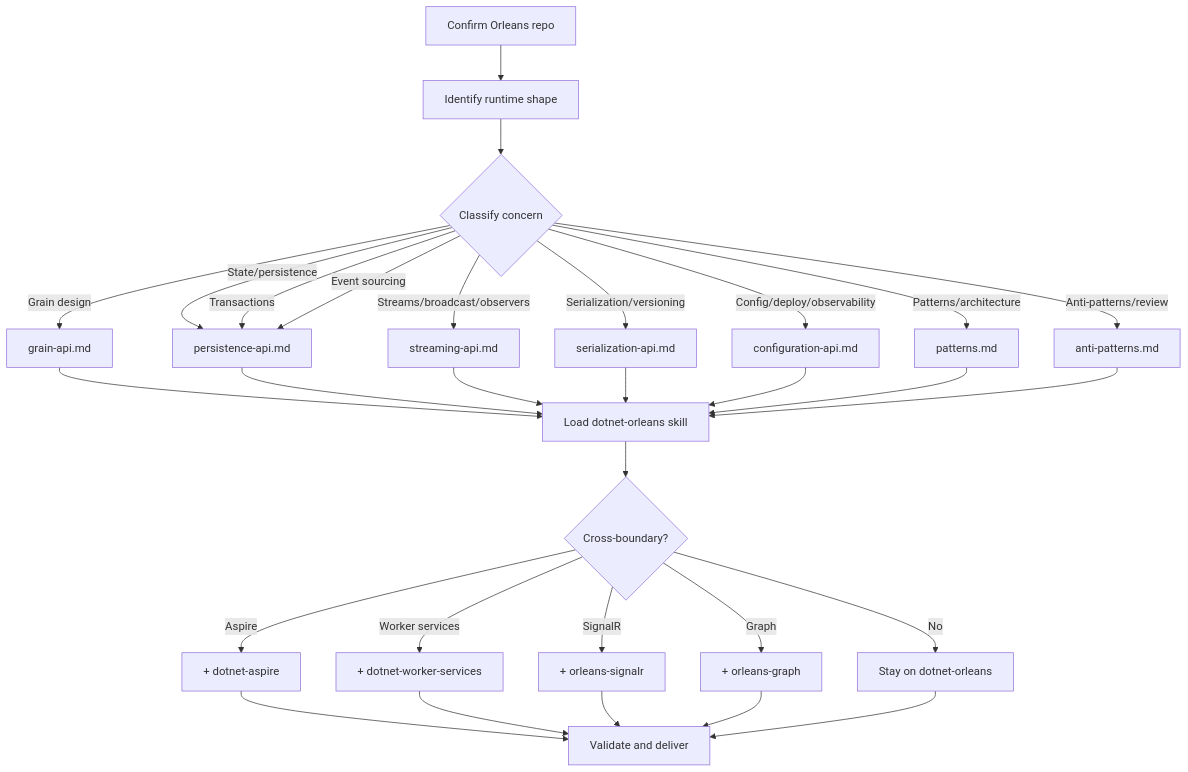
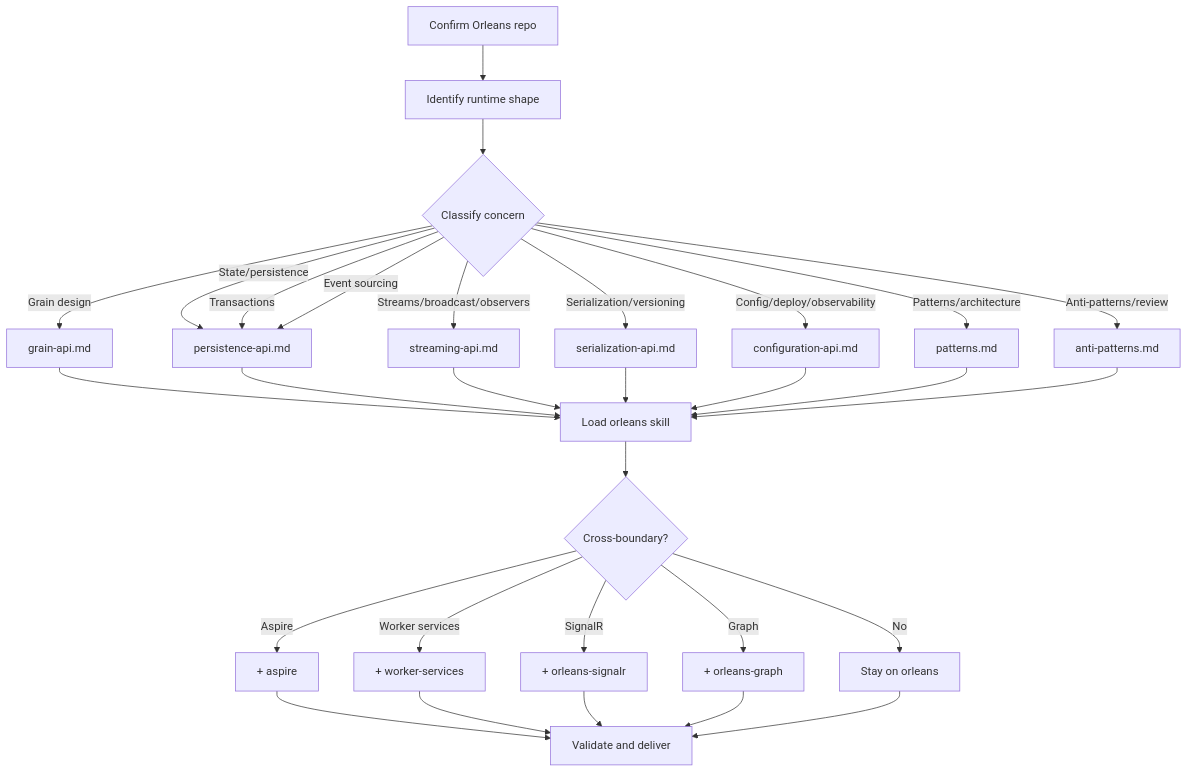
The diagram in catalog/Frameworks/Orleans/agents/dotnet-orleans-specialist/AGENT.md (managedcode/dotnet-skills), drawn with Mermaid before and after one commit. The commit also changed other lines of this file and 702 other files, not shown here.

Commit message:
Remove dotnet skill prefixes

````diff
--- a/catalog/Frameworks/Orleans/agents/dotnet-orleans-specialist/AGENT.md
+++ b/catalog/Frameworks/Orleans/agents/dotnet-orleans-specialist/AGENT.md
@@ -30,22 +30,22 @@
 ```mermaid
 flowchart TD
   A["Confirm Orleans repo"] --> B["Identify runtime shape"]
   B --> C{"Classify concern"}
   C -->|"Grain design"| D["grain-api.md"]
   C -->|"State/persistence"| E["persistence-api.md"]
   C -->|"Streams/broadcast/observers"| F["streaming-api.md"]
   C -->|"Serialization/versioning"| G["serialization-api.md"]
   C -->|"Config/deploy/observability"| H["configuration-api.md"]
   C -->|"Patterns/architecture"| I["patterns.md"]
   C -->|"Anti-patterns/review"| J["anti-patterns.md"]
   C -->|"Transactions"| E
   C -->|"Event sourcing"| E
-  D & E & F & G & H & I & J --> K["Load dotnet-orleans skill"]
+  D & E & F & G & H & I & J --> K["Load orleans skill"]
   K --> L{"Cross-boundary?"}
-  L -->|"Aspire"| M["+ dotnet-aspire"]
-  L -->|"Worker services"| N["+ dotnet-worker-services"]
+  L -->|"Aspire"| M["+ aspire"]
+  L -->|"Worker services"| N["+ worker-services"]
   L -->|"SignalR"| O["+ orleans-signalr"]
   L -->|"Graph"| P["+ orleans-graph"]
-  L -->|"No"| Q["Stay on dotnet-orleans"]
+  L -->|"No"| Q["Stay on orleans"]
   M & N & O & P & Q --> R["Validate and deliver"]
 ```
````
